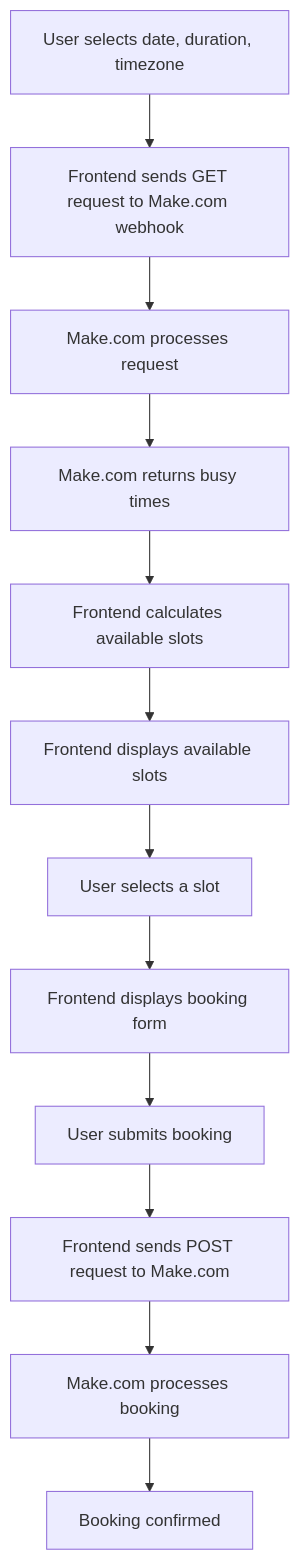
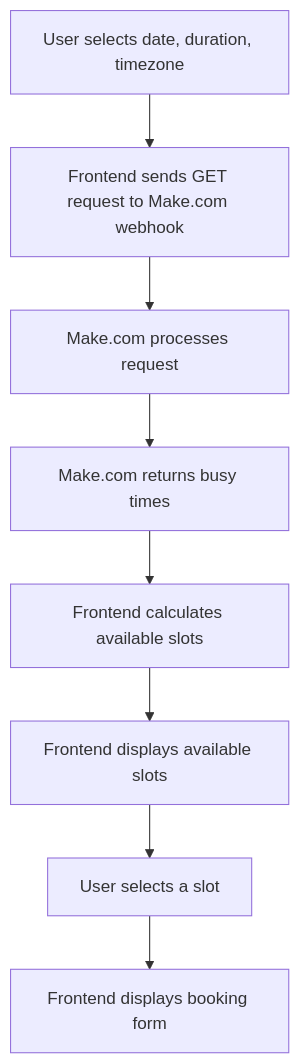
One commit to Getting-Automated/backend-to-browser-example changed the diagram in README.md. Above: the diagram before and after it, drawn with Mermaid.

````diff
--- a/README.md
+++ b/README.md
@@ -13,14 +13,10 @@
 ```mermaid
 graph TD
     A[User selects date, duration, timezone] --> B[Frontend sends GET request to Make.com webhook]
     B --> C[Make.com processes request]
     C --> D[Make.com returns busy times]
     D --> E[Frontend calculates available slots]
     E --> F[Frontend displays available slots]
     F --> G[User selects a slot]
     G --> H[Frontend displays booking form]
-    H --> I[User submits booking]
-    I --> J[Frontend sends POST request to Make.com]
-    J --> K[Make.com processes booking]
-    K --> L[Booking confirmed]
 ```
````
